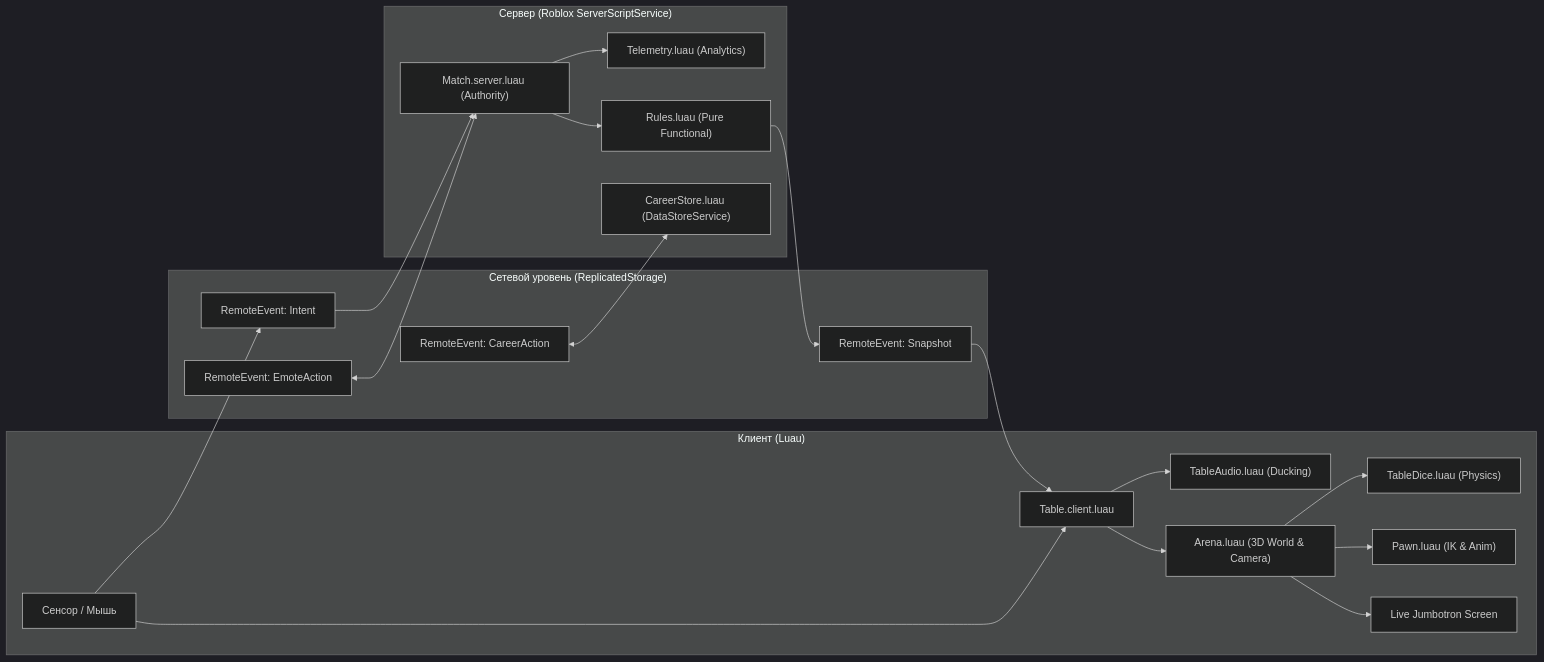
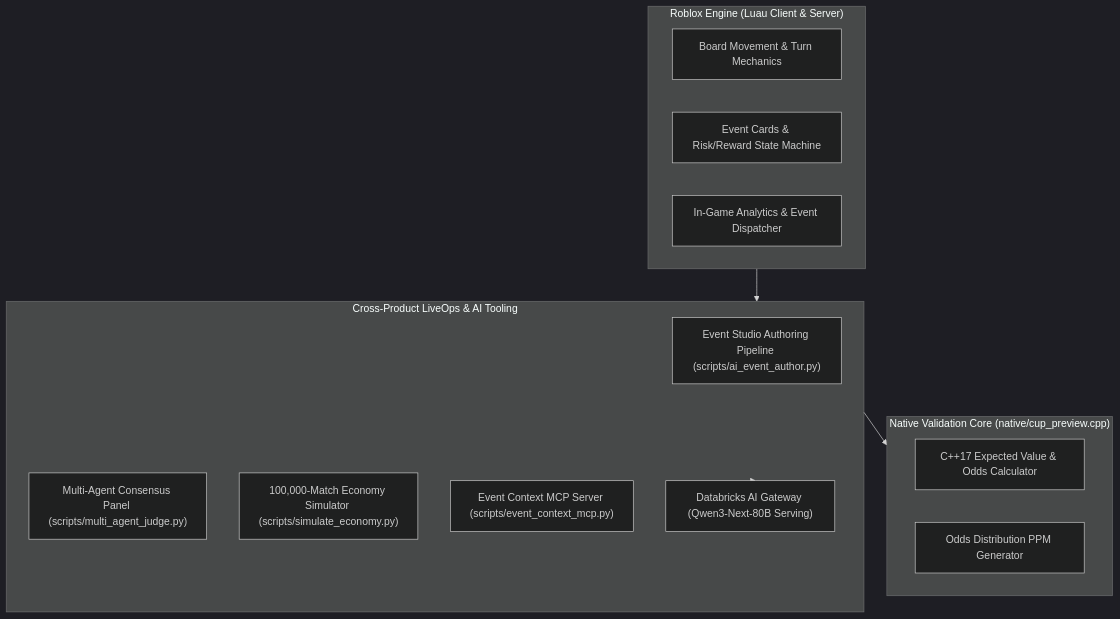
Before and after one commit to GlebAvershin/Soccerpoly: the diagram in README.md, drawn with Mermaid (dark theme). The commit also changed other lines of this file and 9 other files, not shown here.

Commit message:
feat(liveops): add automated event authoring, 100k economy simulation, multi-agent judge, and bilingual READMEs

````diff
--- a/README.md
+++ b/README.md
@@ -88,34 +48,25 @@
 ```mermaid
-flowchart LR
-    subgraph Client["Клиент (Luau)"]
-        Input["Сенсор / Мышь"] --> Controller["Table.client.luau"]
-        Controller --> TableView["Arena.luau (3D World & Camera)"]
-        TableView --> Jumbotron["Live Jumbotron Screen"]
-        TableView --> Pawns["Pawn.luau (IK & Anim)"]
-        TableView --> Dice["TableDice.luau (Physics)"]
-        Controller --> Audio["TableAudio.luau (Ducking)"]
+flowchart TD
+    subgraph RobloxRuntime["Roblox Engine (Luau Client & Server)"]
+        Board["Board Movement & Turn Mechanics"]
+        EventDeck["Event Cards & Risk/Reward State Machine"]
+        Telemetry["In-Game Analytics & Event Dispatcher"]
     end
 
-    subgraph Network["Сетевой уровень (ReplicatedStorage)"]
-        Intent["RemoteEvent: Intent"]
-        Snapshot["RemoteEvent: Snapshot"]
-        CareerEvent["RemoteEvent: CareerAction"]
-        EmoteEvent["RemoteEvent: EmoteAction"]
+    subgraph NativeValidation["Native Validation Core (native/cup_preview.cpp)"]
+        CppSolver["C++17 Expected Value & Odds Calculator"]
+        PPMVisualizer["Odds Distribution PPM Generator"]
     end
 
-    subgraph Server["Сервер (Roblox ServerScriptService)"]
-        MatchServer["Match.server.luau (Authority)"]
-        RulesEngine["Rules.luau (Pure Functional)"]
-        CareerStore["CareerStore.luau (DataStoreService)"]
-        Telemetry["Telemetry.luau (Analytics)"]
+    subgraph LiveOpsPipeline["Cross-Product LiveOps & AI Tooling"]
+        Author["Event Studio Authoring Pipeline (scripts/ai_event_author.py)"]
+        Judge["Multi-Agent Consensus Panel (scripts/multi_agent_judge.py)"]
+        Simulator["100,000-Match Economy Simulator (scripts/simulate_economy.py)"]
+        MCP["Event Context MCP Server (scripts/event_context_mcp.py)"]
+        Databricks["Databricks AI Gateway (Qwen3-Next-80B Serving)"]
     end
 
-    Input --> Intent
-    Intent --> MatchServer
-    MatchServer --> RulesEngine
-    RulesEngine --> Snapshot
-    Snapshot --> Controller
-    CareerEvent <--> CareerStore
-    EmoteEvent <--> MatchServer
-    MatchServer --> Telemetry
+    RobloxRuntime --> LiveOpsPipeline
+    LiveOpsPipeline --> NativeValidation
+    LiveOpsPipeline --> Databricks
 ```
````
